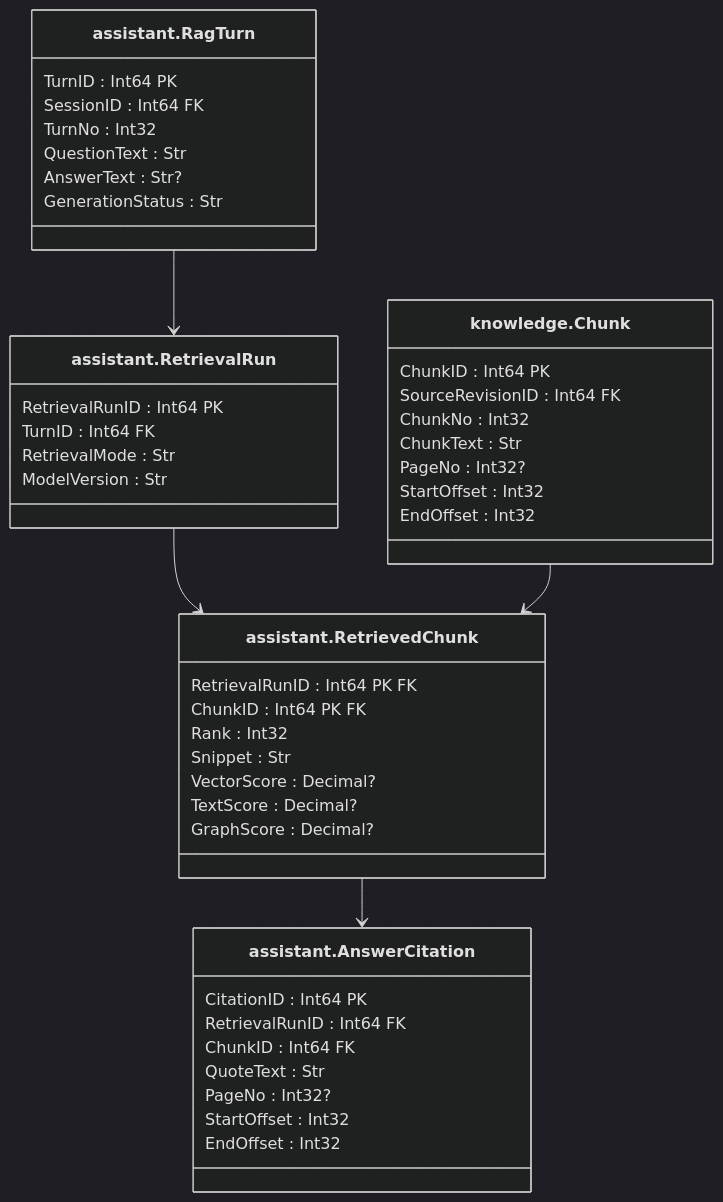
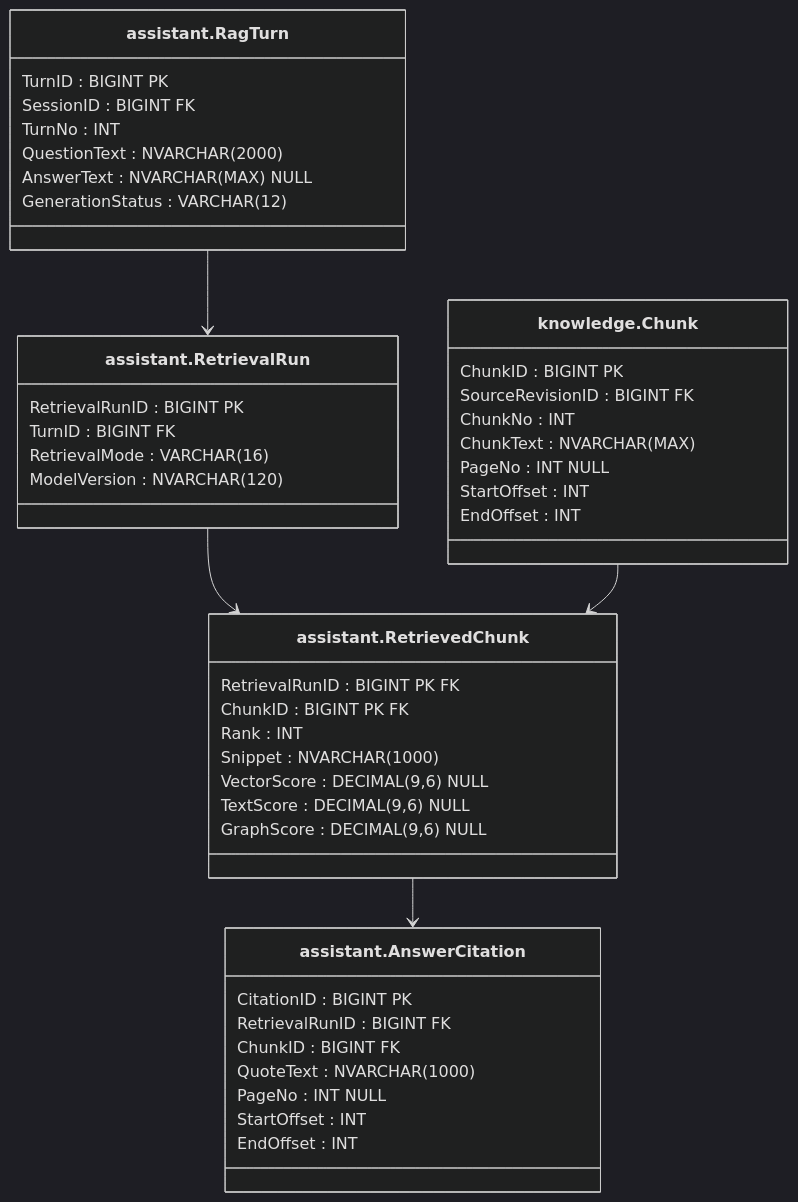
Diagram 12 of 15 in 03SQL-CourseWork/architecture/database-model.md (lkeey/BIVT-labs), drawn with Mermaid (dark theme) before and after one commit. The commit also changed other lines of this file, not shown here.

Commit message:
docs(coursework): use exact T-SQL types in database diagrams

```diff
--- a/03SQL-CourseWork/architecture/database-model.md
+++ b/03SQL-CourseWork/architecture/database-model.md
@@ -476,49 +476,49 @@
 ~~~mermaid
 classDiagram
     direction TB
     class T["assistant.RagTurn"] {
-        TurnID : Int64 PK
-        SessionID : Int64 FK
-        TurnNo : Int32
-        QuestionText : Str
-        AnswerText : Str?
-        GenerationStatus : Str
+        TurnID : BIGINT PK
+        SessionID : BIGINT FK
+        TurnNo : INT
+        QuestionText : NVARCHAR#40;2000#41;
+        AnswerText : NVARCHAR#40;MAX#41; NULL
+        GenerationStatus : VARCHAR#40;12#41;
     }
     class R["assistant.RetrievalRun"] {
-        RetrievalRunID : Int64 PK
-        TurnID : Int64 FK
-        RetrievalMode : Str
-        ModelVersion : Str
+        RetrievalRunID : BIGINT PK
+        TurnID : BIGINT FK
+        RetrievalMode : VARCHAR#40;16#41;
+        ModelVersion : NVARCHAR#40;120#41;
     }
     class K["knowledge.Chunk"] {
-        ChunkID : Int64 PK
-        SourceRevisionID : Int64 FK
-        ChunkNo : Int32
-        ChunkText : Str
-        PageNo : Int32?
-        StartOffset : Int32
-        EndOffset : Int32
+        ChunkID : BIGINT PK
+        SourceRevisionID : BIGINT FK
+        ChunkNo : INT
+        ChunkText : NVARCHAR#40;MAX#41;
+        PageNo : INT NULL
+        StartOffset : INT
+        EndOffset : INT
     }
     class F["assistant.RetrievedChunk"] {
-        RetrievalRunID : Int64 PK FK
-        ChunkID : Int64 PK FK
-        Rank : Int32
-        Snippet : Str
-        VectorScore : Decimal?
-        TextScore : Decimal?
-        GraphScore : Decimal?
+        RetrievalRunID : BIGINT PK FK
+        ChunkID : BIGINT PK FK
+        Rank : INT
+        Snippet : NVARCHAR#40;1000#41;
+        VectorScore : DECIMAL#40;9,6#41; NULL
+        TextScore : DECIMAL#40;9,6#41; NULL
+        GraphScore : DECIMAL#40;9,6#41; NULL
     }
     class C["assistant.AnswerCitation"] {
-        CitationID : Int64 PK
-        RetrievalRunID : Int64 FK
-        ChunkID : Int64 FK
-        QuoteText : Str
-        PageNo : Int32?
-        StartOffset : Int32
-        EndOffset : Int32
+        CitationID : BIGINT PK
+        RetrievalRunID : BIGINT FK
+        ChunkID : BIGINT FK
+        QuoteText : NVARCHAR#40;1000#41;
+        PageNo : INT NULL
+        StartOffset : INT
+        EndOffset : INT
     }
     T --> R
     R --> F
     F --> C
     K --> F
 ~~~
```
